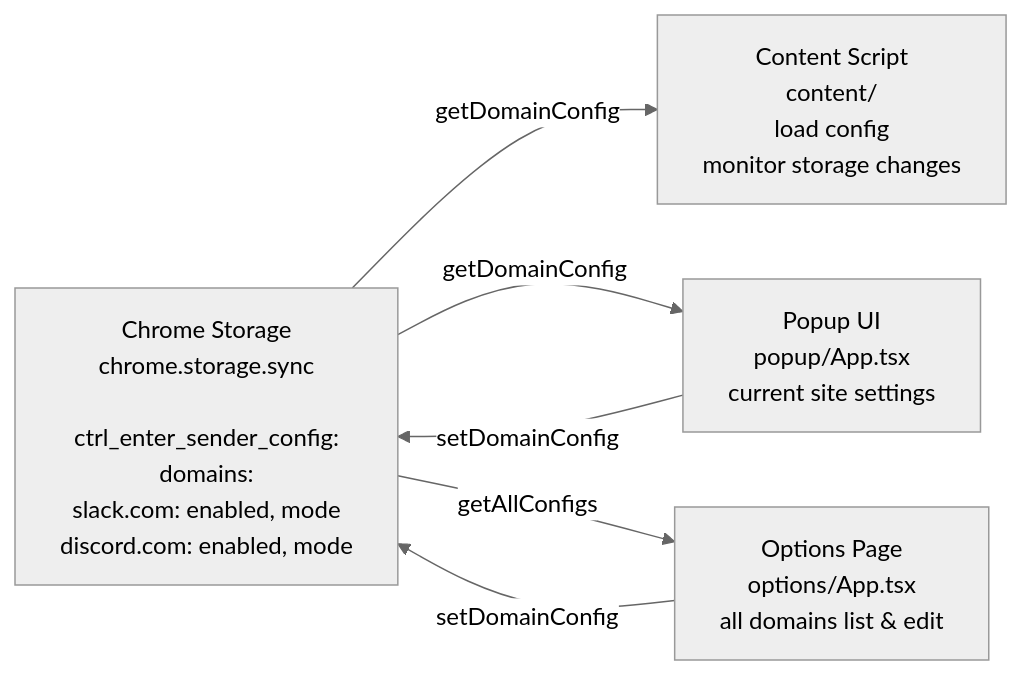
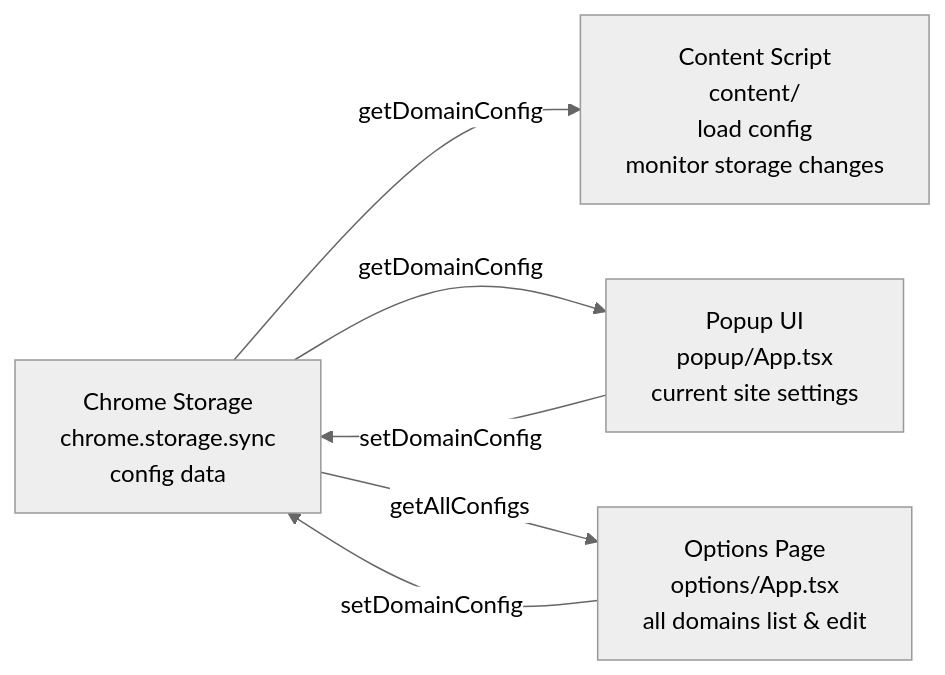
Before and after one commit to kimura512/ctrlEnterSenderA: the sixth of 7 diagrams in CODE_EXPLANATION.md, drawn with Mermaid (neutral theme). The commit also changed other lines of this file and 1 other file, not shown here.

Commit message:
Fix Mermaid diagram: replace <br/> with <br> for GitHub compatibility

````diff
--- a/CODE_EXPLANATION.md
+++ b/CODE_EXPLANATION.md
@@ -797,14 +797,14 @@
 ```mermaid
 graph LR
-    Storage[Chrome Storage<br/>chrome.storage.sync<br/><br/>ctrl_enter_sender_config:<br/>domains:<br/>  slack.com: enabled, mode<br/>  discord.com: enabled, mode]
+    Storage["Chrome Storage<br>chrome.storage.sync<br>config data"]
     
-    Popup[Popup UI<br/>popup/App.tsx<br/>current site settings]
-    Options[Options Page<br/>options/App.tsx<br/>all domains list & edit]
-    Content[Content Script<br/>content/<br/>load config<br/>monitor storage changes]
+    Popup["Popup UI<br>popup/App.tsx<br>current site settings"]
+    Options["Options Page<br>options/App.tsx<br>all domains list & edit"]
+    Content["Content Script<br>content/<br>load config<br>monitor storage changes"]
     
     Popup -->|setDomainConfig| Storage
     Options -->|setDomainConfig| Storage
     Storage -->|getDomainConfig| Content
     Storage -->|getDomainConfig| Popup
     Storage -->|getAllConfigs| Options
 ```
````
